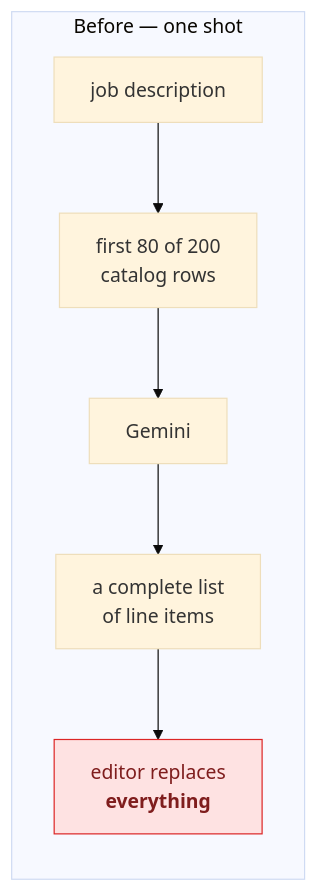
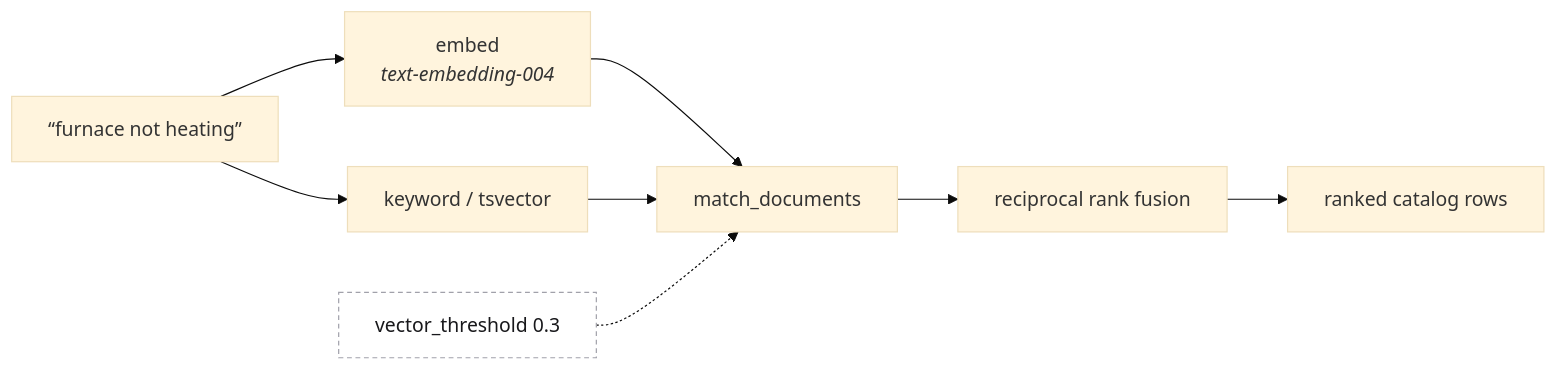
The fifth of 7 diagrams in docs/ARCHITECTURE_DIAGRAM.md (dipenvekaria/quotepro), drawn with Mermaid (base theme) before and after one commit. The commit also changed other lines of this file, not shown here.

First line of the commit message:
docs: redraw the AI architecture with real data flow

````diff
--- a/docs/ARCHITECTURE_DIAGRAM.md
+++ b/docs/ARCHITECTURE_DIAGRAM.md
@@ -87,11 +223,14 @@
 ```mermaid
 graph LR
-    subgraph before["Before — one shot"]
-        B1["job description"] --> B2["first 80 of 200<br/>catalog rows"]
-        B2 --> B3["Gemini"]
-        B3 --> B4["a complete list<br/>of line items"]
-        B4 --> B5["editor replaces<br/><b>everything</b>"]
-    end
+    Q["“furnace not heating”"] --> E["embed<br/><i>text-embedding-004</i>"]
+    E --> M["match_documents"]
+    K["keyword / tsvector"] --> M
+    Q --> K
+    M --> RRF["reciprocal rank fusion"]
+    RRF --> OUT["ranked catalog rows"]
 
-    style B5 fill:#fee2e2,stroke:#dc2626,color:#7f1d1d
+    THRESH["vector_threshold 0.3"]
+    THRESH -.-> M
+
+    style THRESH fill:#fff,stroke:#a1a1aa,color:#18181b,stroke-dasharray:4 3
 ```
````
